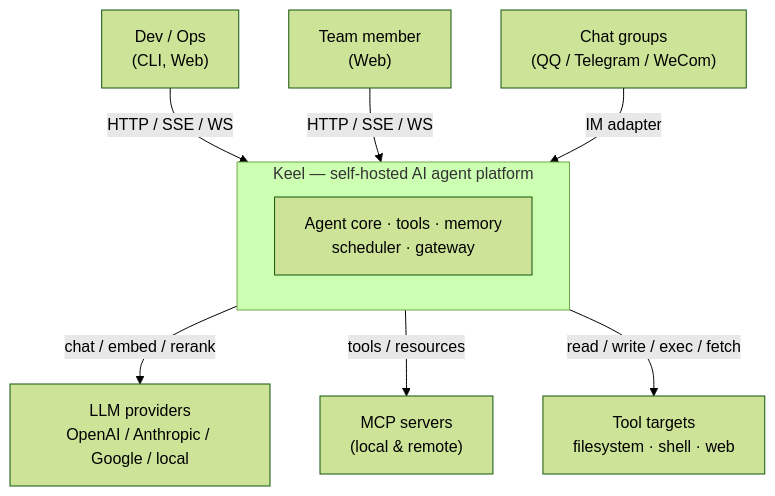
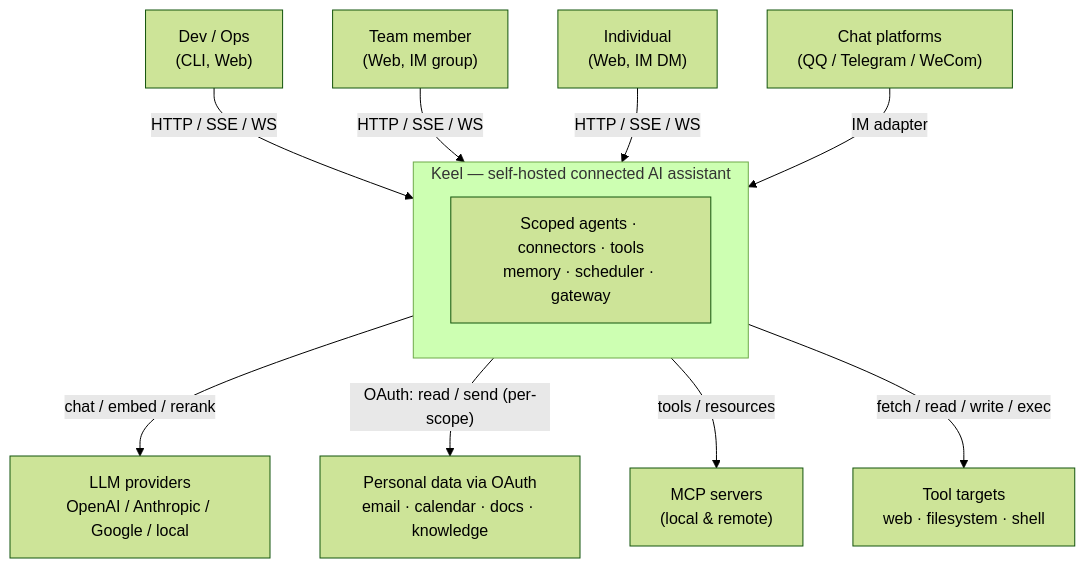
One commit to seudazhong/keel changed the diagram in docs/diagrams/01-context.md. Above: the diagram before and after it, drawn with Mermaid (forest theme). The commit also changed other lines of this file and 7 other files, not shown here.

First line of the commit message:
docs(diagrams): refresh for connector/scoped-agent model (ADR-0009)

````diff
--- a/docs/diagrams/01-context.md
+++ b/docs/diagrams/01-context.md
@@ -5,21 +5,25 @@
 ```mermaid
 flowchart TB
     dev["Dev / Ops<br/>(CLI, Web)"]
-    team["Team member<br/>(Web)"]
-    chat["Chat groups<br/>(QQ / Telegram / WeCom)"]
+    team["Team member<br/>(Web, IM group)"]
+    indiv["Individual<br/>(Web, IM DM)"]
+    chat["Chat platforms<br/>(QQ / Telegram / WeCom)"]
 
-    subgraph keelSys["Keel — self-hosted AI agent platform"]
-        core["Agent core · tools · memory<br/>scheduler · gateway"]
+    subgraph keelSys["Keel — self-hosted connected AI assistant"]
+        core["Scoped agents · connectors · tools<br/>memory · scheduler · gateway"]
     end
 
     llm["LLM providers<br/>OpenAI / Anthropic / Google / local"]
+    conn["Personal data via OAuth<br/>email · calendar · docs · knowledge"]
     mcp["MCP servers<br/>(local & remote)"]
-    targets["Tool targets<br/>filesystem · shell · web"]
+    targets["Tool targets<br/>web · filesystem · shell"]
 
     dev -->|"HTTP / SSE / WS"| keelSys
     team -->|"HTTP / SSE / WS"| keelSys
+    indiv -->|"HTTP / SSE / WS"| keelSys
     chat -->|"IM adapter"| keelSys
     keelSys -->|"chat / embed / rerank"| llm
+    keelSys -->|"OAuth: read / send (per-scope)"| conn
     keelSys -->|"tools / resources"| mcp
-    keelSys -->|"read / write / exec / fetch"| targets
+    keelSys -->|"fetch / read / write / exec"| targets
 ```
````
